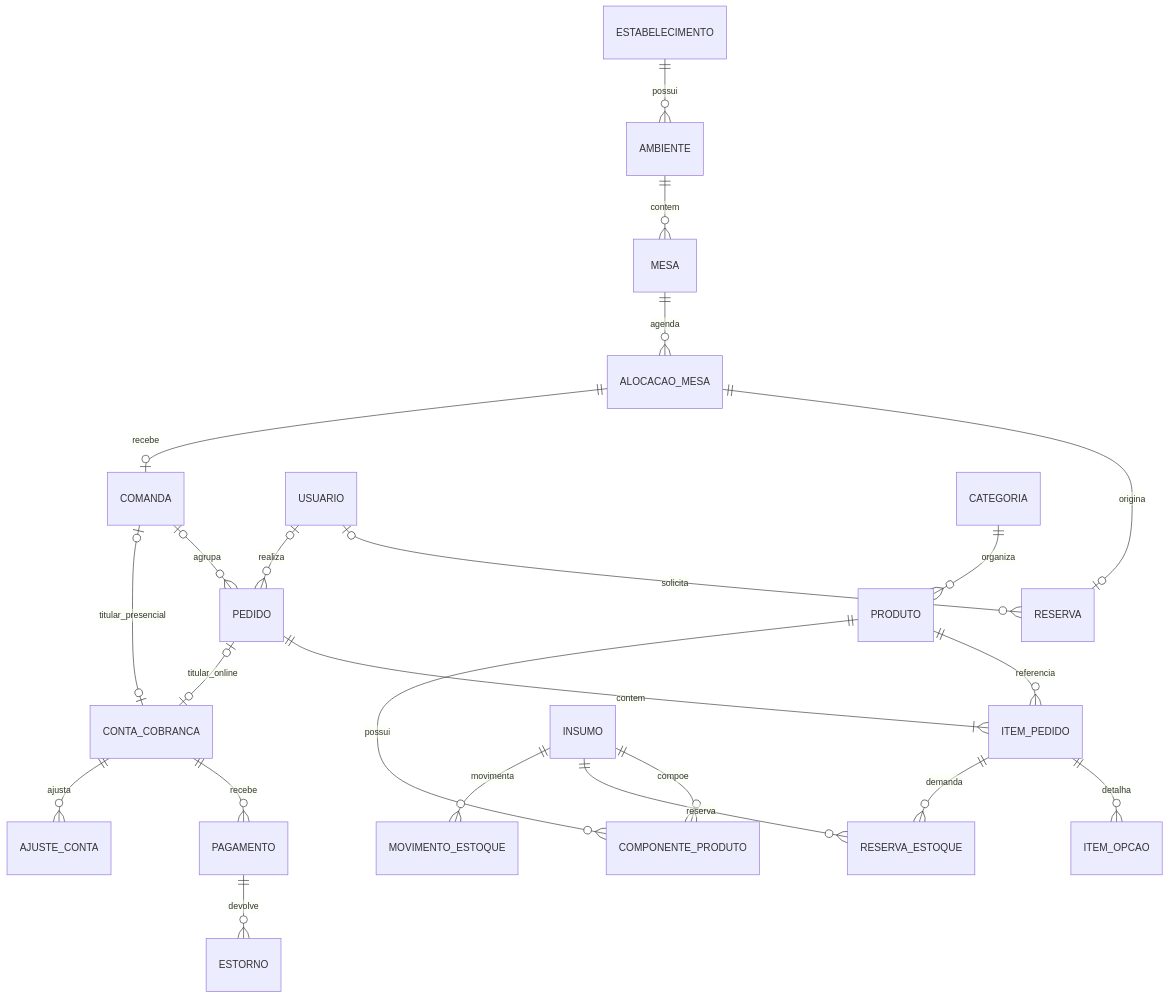
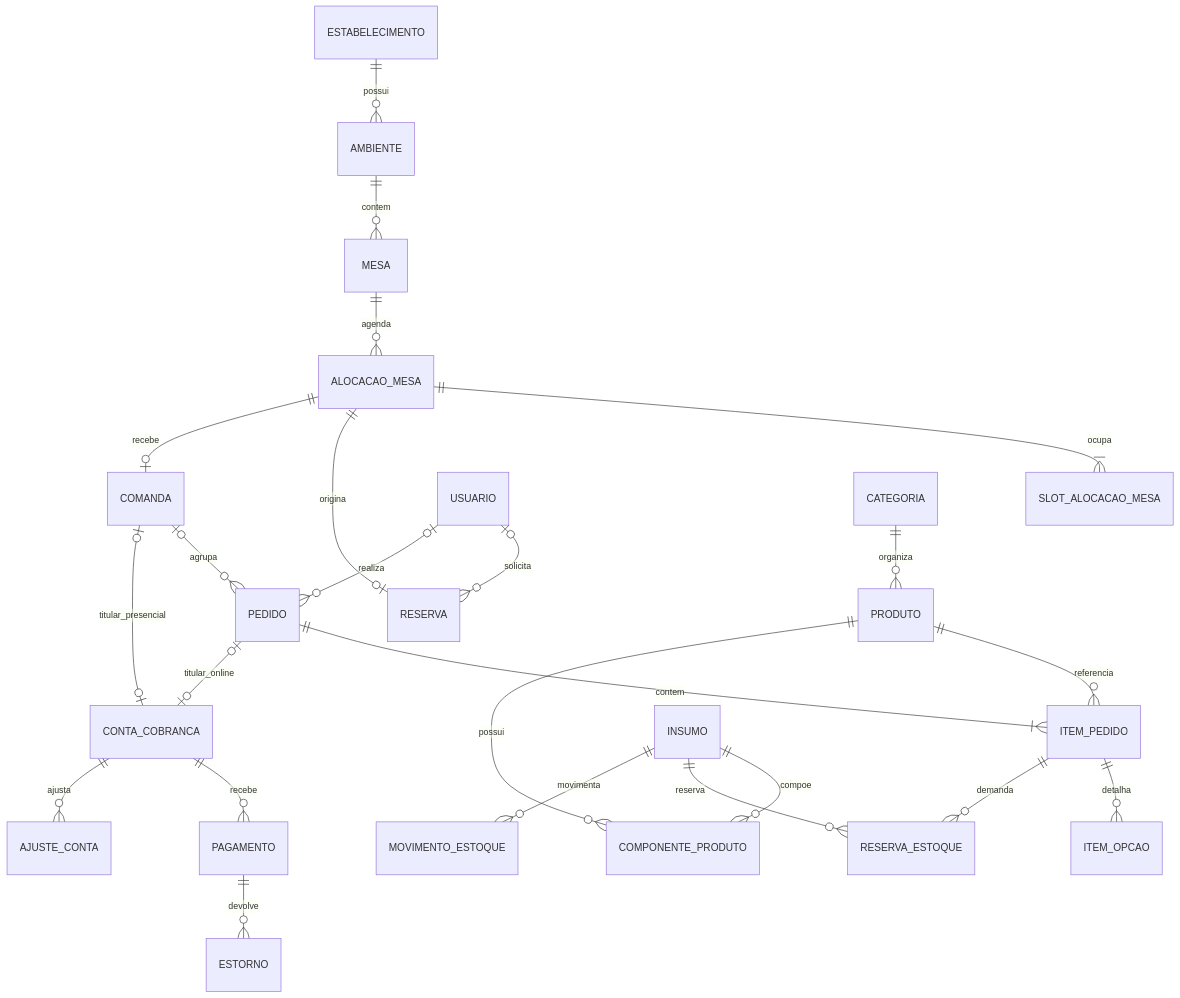
Before and after one commit to Brobece/puzzle-bar: the second of 2 diagrams in docs/planejamento.md, drawn with Mermaid. The commit also changed other lines of this file and 36 other files, not shown here.

````diff
--- a/docs/planejamento.md
+++ b/docs/planejamento.md
@@ -312,25 +313,26 @@
 ```mermaid
 erDiagram
     ESTABELECIMENTO ||--o{ AMBIENTE : possui
     AMBIENTE ||--o{ MESA : contem
     MESA ||--o{ ALOCACAO_MESA : agenda
+    ALOCACAO_MESA ||--|{ SLOT_ALOCACAO_MESA : ocupa
     ALOCACAO_MESA ||--o| RESERVA : origina
     ALOCACAO_MESA ||--o| COMANDA : recebe
     USUARIO o|--o{ RESERVA : solicita
     USUARIO o|--o{ PEDIDO : realiza
     COMANDA o|--o{ PEDIDO : agrupa
     CATEGORIA ||--o{ PRODUTO : organiza
     PEDIDO ||--|{ ITEM_PEDIDO : contem
     PRODUTO ||--o{ ITEM_PEDIDO : referencia
     ITEM_PEDIDO ||--o{ ITEM_OPCAO : detalha
     COMANDA o|--o| CONTA_COBRANCA : titular_presencial
     PEDIDO o|--o| CONTA_COBRANCA : titular_online
     CONTA_COBRANCA ||--o{ PAGAMENTO : recebe
     CONTA_COBRANCA ||--o{ AJUSTE_CONTA : ajusta
     PAGAMENTO ||--o{ ESTORNO : devolve
     PRODUTO ||--o{ COMPONENTE_PRODUTO : possui
     INSUMO ||--o{ COMPONENTE_PRODUTO : compoe
     ITEM_PEDIDO ||--o{ RESERVA_ESTOQUE : demanda
     INSUMO ||--o{ RESERVA_ESTOQUE : reserva
     INSUMO ||--o{ MOVIMENTO_ESTOQUE : movimenta
 ```
````
